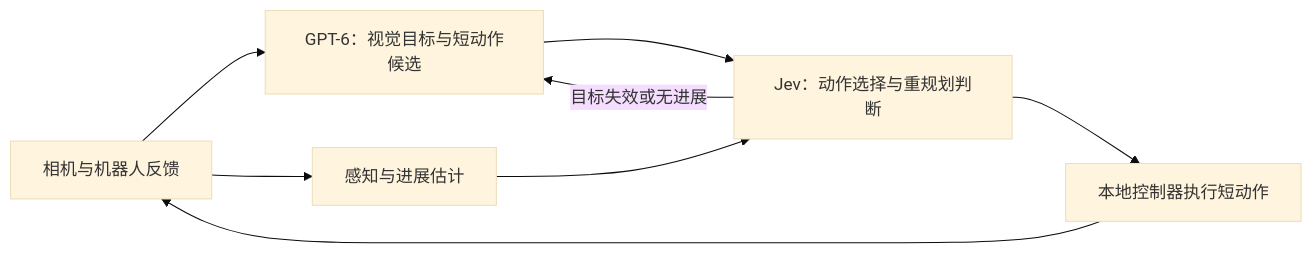
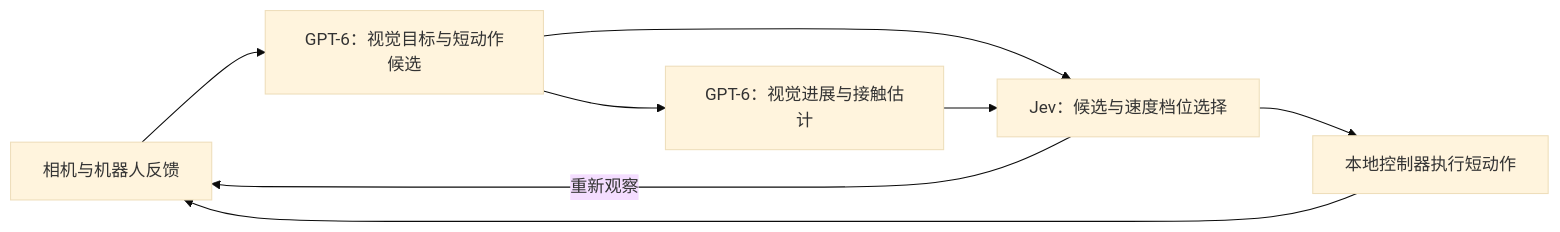
Before and after one commit to FBddcz/embodied-jev: the diagram in docs/JEV_INTEGRATION.md, drawn with Mermaid (base theme). The commit also changed other lines of this file and 29 other files, not shown here.

````diff
--- a/docs/JEV_INTEGRATION.md
+++ b/docs/JEV_INTEGRATION.md
@@ -45,10 +45,10 @@
 ```mermaid
 flowchart LR
     O[相机与机器人反馈] --> P[GPT-6：视觉目标与短动作候选]
-    O --> F[感知与进展估计]
-    P --> J[Jev：动作选择与重规划判断]
+    P --> F[GPT-6：视觉进展与接触估计]
+    P --> J[Jev：候选与速度档位选择]
     F --> J
     J --> C[本地控制器执行短动作]
     C --> O
-    J -->|目标失效或无进展| P
+    J -->|重新观察| O
 ```
````
